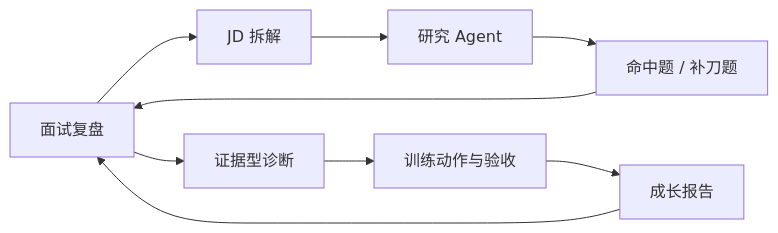
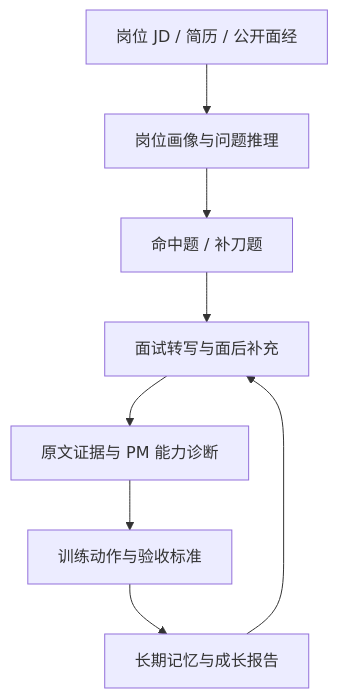
Before and after one commit to Vergessen428/project_resume: the diagram in README.md, drawn with Mermaid. The commit also changed other lines of this file and 1 other file, not shown here.

Commit message:
Restore README interface gallery with Mermaid flow

````diff
--- a/README.md
+++ b/README.md
@@ -147,11 +30,10 @@
 ```mermaid
-flowchart LR
-    A[面试复盘] --> B[JD 拆解]
-    B --> C[研究 Agent]
-    C --> D[命中题 / 补刀题]
-    D --> A
-    A --> E[证据型诊断]
-    E --> F[训练动作与验收]
-    F --> G[成长报告]
-    G --> A
+flowchart TD
+    A[岗位 JD / 简历 / 公开面经] --> B[岗位画像与问题推理]
+    B --> C[命中题 / 补刀题]
+    C --> D[面试转写与面后补充]
+    D --> E[原文证据与 PM 能力诊断]
+    E --> F[训练动作与验收标准]
+    F --> G[长期记忆与成长报告]
+    G --> D
 ```
````
